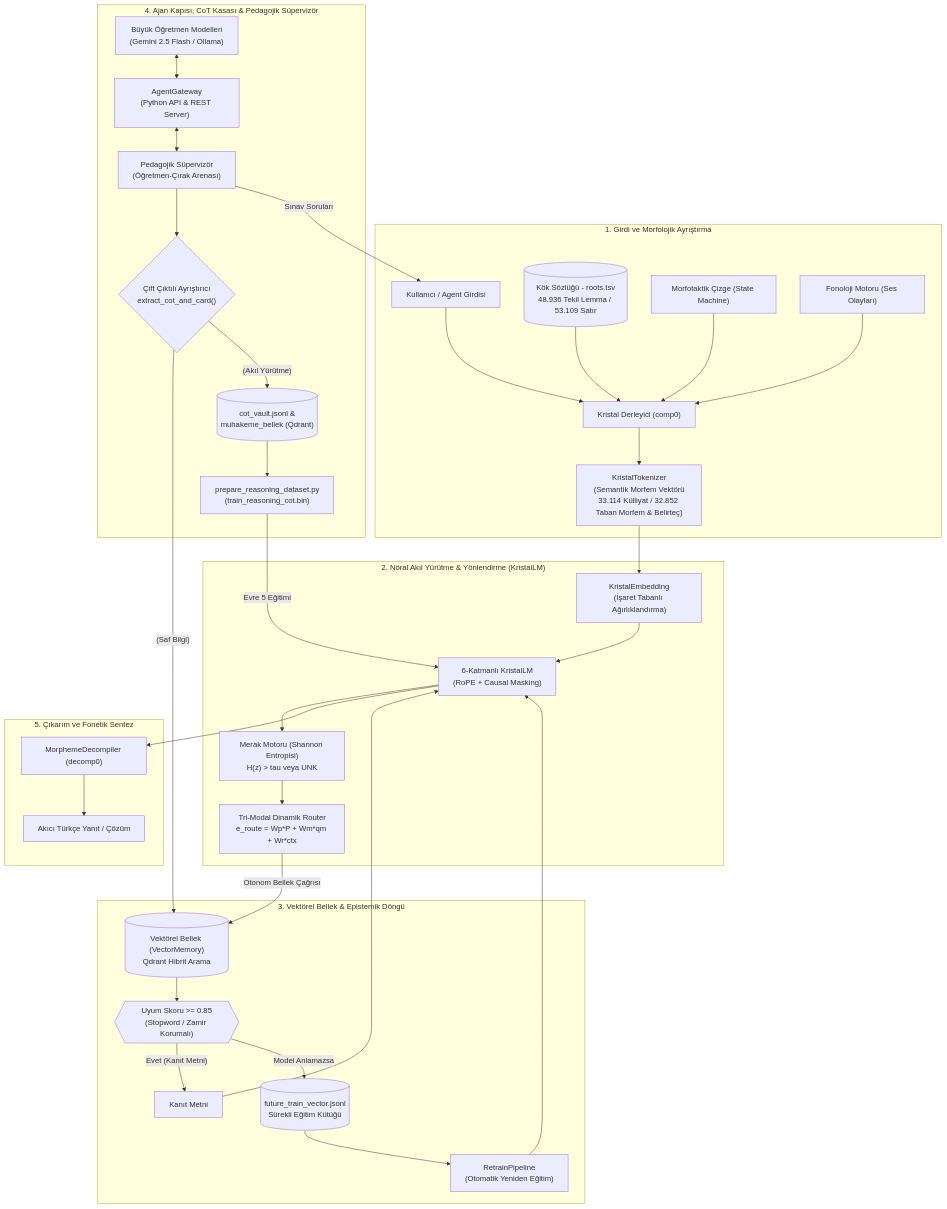
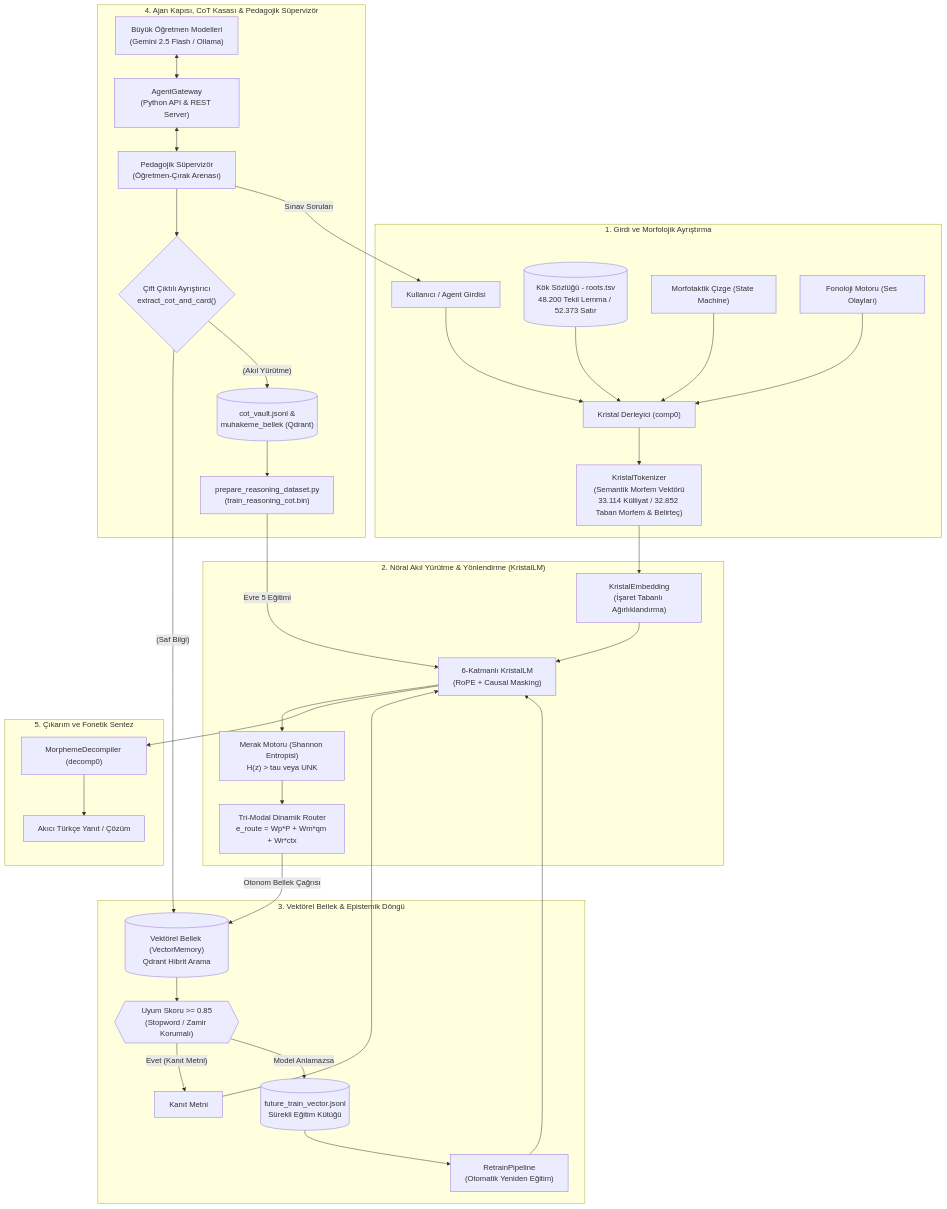
Before and after one commit to onkanat/tr_llm: the diagram in README.md, drawn with Mermaid. The commit also changed other lines of this file and 1 other file, not shown here.

Commit message:
docs: ölçüm-kanıtlı senkron — Zero-NEW-ID rozeti, lemma/nokta sayıları, CHANGELOG 1.12.0 (Faz-1 T1.5)

````diff
--- a/README.md
+++ b/README.md
@@ -34,43 +34,43 @@
 ```mermaid
 flowchart TD
     subgraph INGESTION ["1. Girdi ve Morfolojik Ayrıştırma"]
         RawText["Kullanıcı / Agent Girdisi"] --> Comp["Kristal Derleyici (comp0)"]
-        Lexicon[("Kök Sözlüğü - roots.tsv\n48.936 Tekil Lemma / 53.109 Satır")] --> Comp
+        Lexicon[("Kök Sözlüğü - roots.tsv\n48.200 Tekil Lemma / 52.373 Satır")] --> Comp
         Graph["Morfotaktik Çizge (State Machine)"] --> Comp
         Phonology["Fonoloji Motoru (Ses Olayları)"] --> Comp
         Comp --> Tokenizer["KristalTokenizer\n(Semantik Morfem Vektörü\n33.114 Külliyat / 32.852 Taban Morfem & Belirteç)"]
     end
 
     subgraph REASONING ["2. Nöral Akıl Yürütme & Yönlendirme (KristalLM)"]
         Tokenizer --> Embed["KristalEmbedding\n(İşaret Tabanlı Ağırlıklandırma)"]
         Embed --> Transformer["6-Katmanlı KristalLM\n(RoPE + Causal Masking)"]
         Transformer --> Curiosity["Merak Motoru (Shannon Entropisi)\nH(z) > tau veya UNK"]
         Curiosity --> Router["Tri-Modal Dinamik Router\ne_route = Wp*P + Wm*qm + Wr*ctx"]
     end
 
     subgraph MEMORY ["3. Vektörel Bellek & Epistemik Döngü"]
         Router -->|"Otonom Bellek Çağrısı"| VecMem[("Vektörel Bellek (VectorMemory)\nQdrant Hibrit Arama")]
         VecMem --> Filter{{"Uyum Skoru >= 0.85\n(Stopword / Zamir Korumalı)"}}
         Filter -->|"Evet (Kanıt Metni)"| DocInject["<CONTEXT> Kanıt Metni </CONTEXT>"]
         DocInject --> Transformer
         Filter -->|"Model Anlamazsa"| FutureTrain[("future_train_vector.jsonl\nSürekli Eğitim Kütüğü")]
         FutureTrain --> Retrain["RetrainPipeline\n(Otomatik Yeniden Eğitim)"]
         Retrain --> Transformer
     end
 
     subgraph GATEWAY ["4. Ajan Kapısı, CoT Kasası & Pedagojik Süpervizör"]
         ExtAgent["Büyük Öğretmen Modelleri\n(Gemini 2.5 Flash / Ollama)"] <--> Gateway["AgentGateway\n(Python API & REST Server)"]
         Gateway <--> Supervisor["Pedagojik Süpervizör\n(Öğretmen-Çırak Arenası)"]
         Supervisor --> DualParse{"Çift Çıktılı Ayrıştırıcı\nextract_cot_and_card()"}
         DualParse -->|"<BILGI_KARTI> (Saf Bilgi)"| VecMem
         DualParse -->|"<DUSUNCE> (Akıl Yürütme)"| CoTVault[("cot_vault.jsonl &\nmuhakeme_bellek (Qdrant)")]
         CoTVault --> PrepReasoning["prepare_reasoning_dataset.py\n(train_reasoning_cot.bin)"]
         PrepReasoning -->|"Evre 5 Eğitimi"| Transformer
         Supervisor -->|"Sınav Soruları"| RawText
     end
 
     subgraph SYNTHESIS ["5. Çıkarım ve Fonetik Sentez"]
         Transformer --> Decomp["MorphemeDecompiler (decomp0)"]
         Decomp --> CleanText["Akıcı Türkçe Yanıt / Çözüm"]
     end
 ```
````
